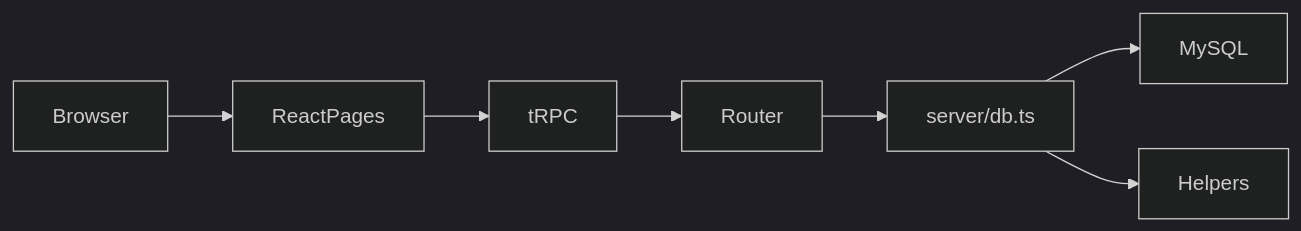
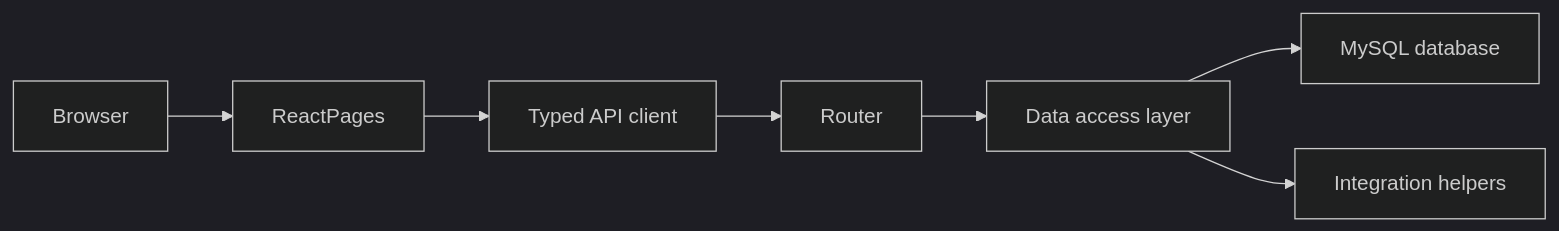
One commit to ProGroup1040/sales-team-platform changed the seventh of 9 diagrams in docs/reverse_engineering.md. Above: the diagram before and after it, drawn with Mermaid (dark theme). The commit also changed other lines of this file and 1 other file, not shown here.

Commit message:
Harden Mermaid diagrams for parser compatibility

````diff
--- a/docs/reverse_engineering.md
+++ b/docs/reverse_engineering.md
@@ -1186,9 +1186,9 @@
 ```mermaid
 flowchart LR
     Browser --> ReactPages
-    ReactPages --> tRPC
-    tRPC --> Router
-    Router --> MonolithDB[server/db.ts]
-    MonolithDB --> MySQL
-    MonolithDB --> Helpers
+    ReactPages --> APIClient[Typed API client]
+    APIClient --> Router
+    Router --> MonolithDB[Data access layer]
+    MonolithDB --> MySQL[MySQL database]
+    MonolithDB --> Helpers[Integration helpers]
 ```
````
